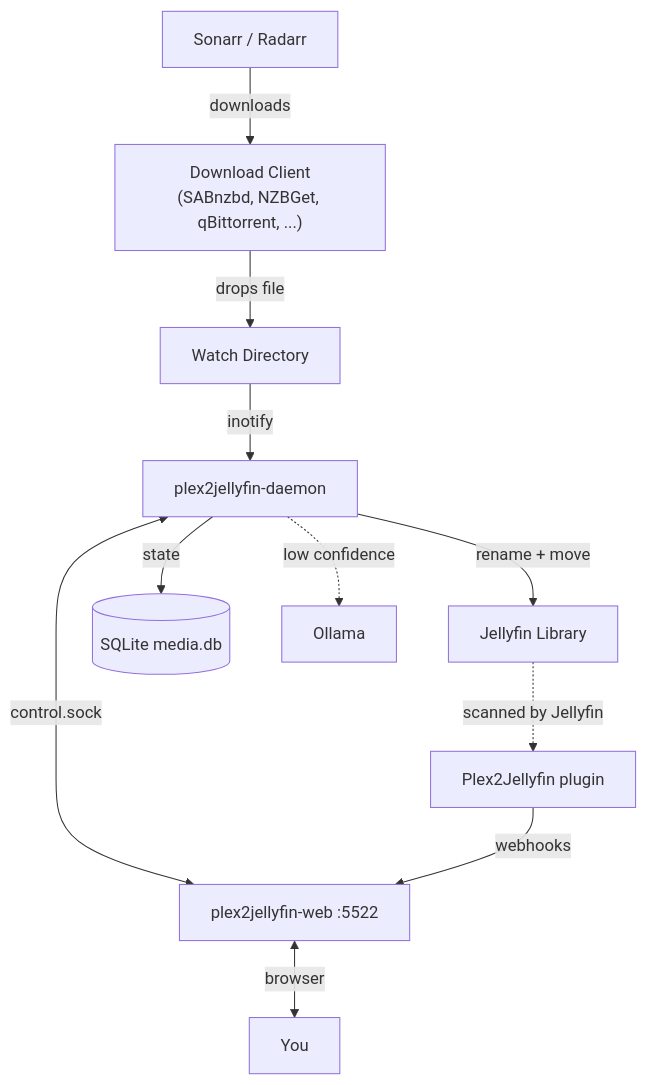
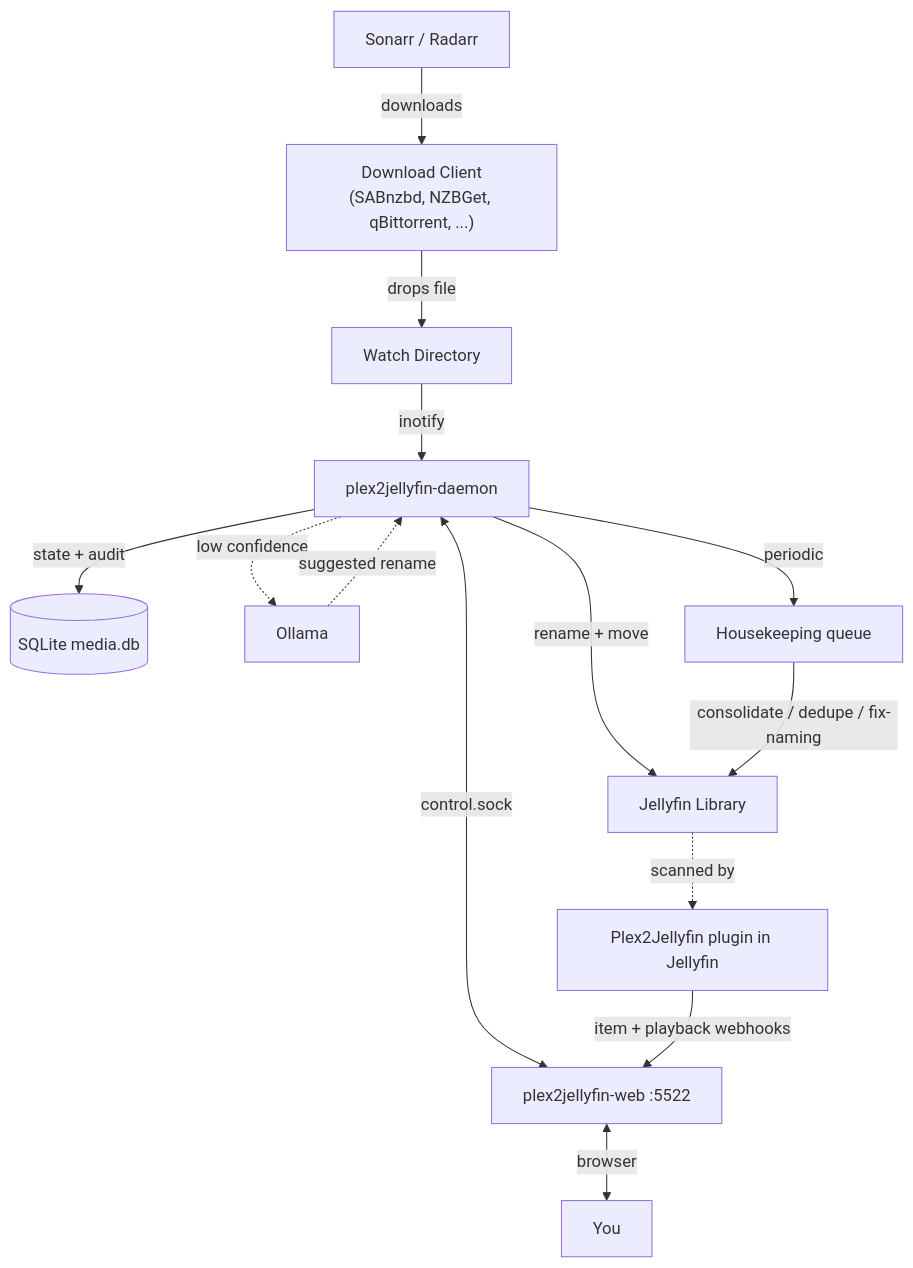
One commit to Nomadcxx/plex2jellyfin changed the diagram in README.md. Above: the diagram before and after it, drawn with Mermaid. The commit also changed other lines of this file and 5 other files, not shown here.

````diff
--- a/README.md
+++ b/README.md
@@ -184,13 +157,16 @@
 ```mermaid
 flowchart TB
     A[Sonarr / Radarr] -->|downloads| B["Download Client<br/>(SABnzbd, NZBGet, qBittorrent, ...)"]
     B -->|drops file| C[Watch Directory]
     C -->|inotify| D[plex2jellyfin-daemon]
     D -->|rename + move| E[Jellyfin Library]
-    D -->|state| DB[(SQLite media.db)]
+    D -->|state + audit| DB[(SQLite media.db)]
     D -.->|low confidence| O[Ollama]
+    O -.->|suggested rename| D
     D <-->|control.sock| W[plex2jellyfin-web :5522]
     W <-->|browser| U[You]
-    J[Plex2Jellyfin plugin] -->|webhooks| W
-    E -.->|scanned by Jellyfin| J
+    D -->|periodic| H[Housekeeping queue]
+    H -->|consolidate / dedupe / fix-naming| E
+    J[Plex2Jellyfin plugin in Jellyfin] -->|item + playback webhooks| W
+    E -.->|scanned by| J
 ```
````
